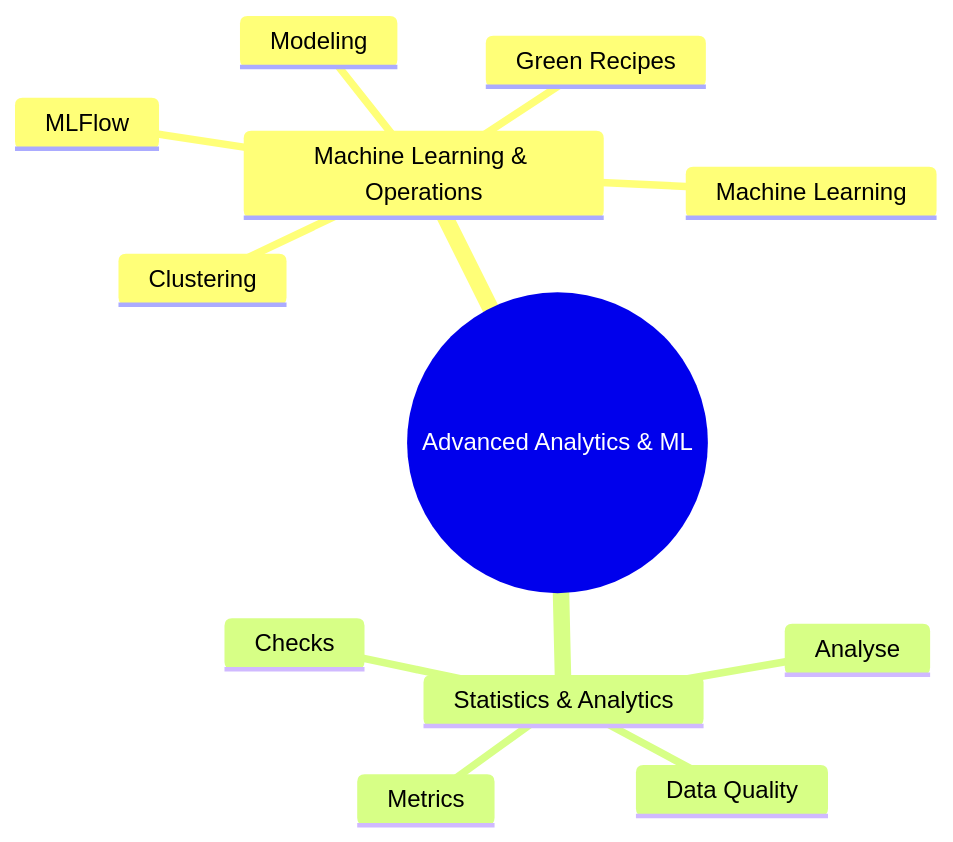
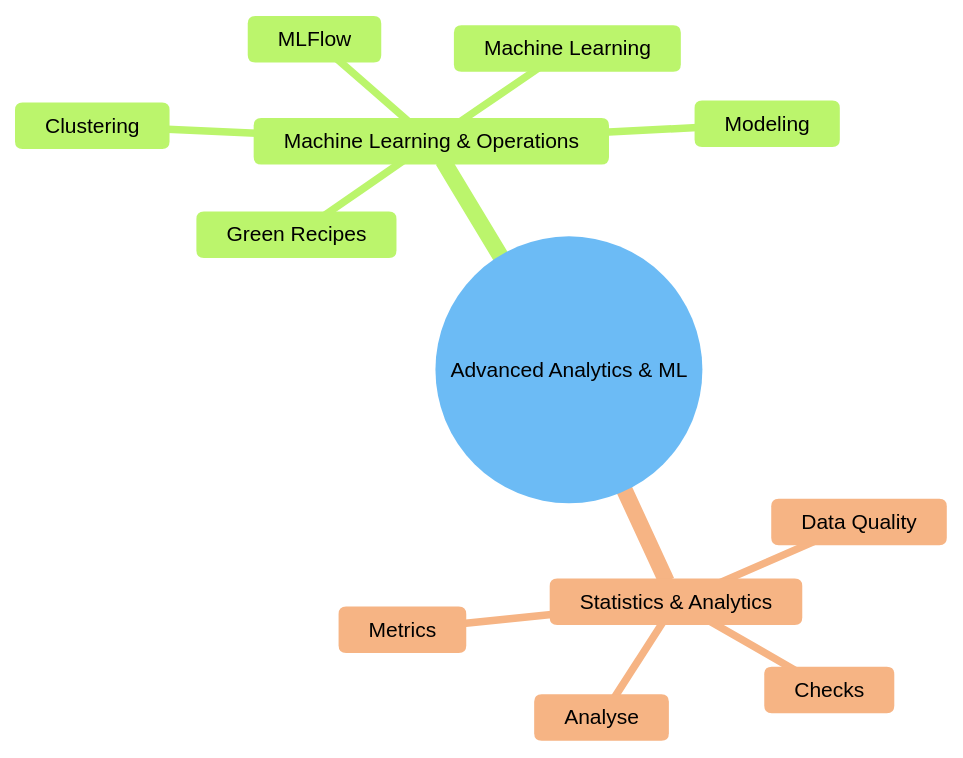
One commit to dataiku/dss-plugin-dataiku-pulse changed the second of 7 diagrams in docs/Dataiku Usage.md. Above: the diagram before and after it, drawn with Mermaid.

Commit message:
Edited file 'docs/Dataiku Usage.md'

````diff
--- a/docs/Dataiku Usage.md
+++ b/docs/Dataiku Usage.md
@@ -41,15 +41,27 @@
 ```mermaid
+%%{init: {
+  'theme': 'base',
+  'themeVariables': {
+    'background': '#ffffff',
+    'primaryColor': '#E3F2FD',
+    'primaryTextColor': '#000000',
+    'primaryBorderColor': '#1E88E5',
+    'lineColor': '#333333',
+    'fontSize': '14px'
+  }
+}}%%
+
 mindmap
   root((Advanced Analytics & ML))
     Machine Learning & Operations
       MLFlow
       Machine Learning
       Modeling
       Clustering
       Green Recipes
     Statistics & Analytics
       Data Quality
       Metrics
       Checks
       Analyse
 ```
````
